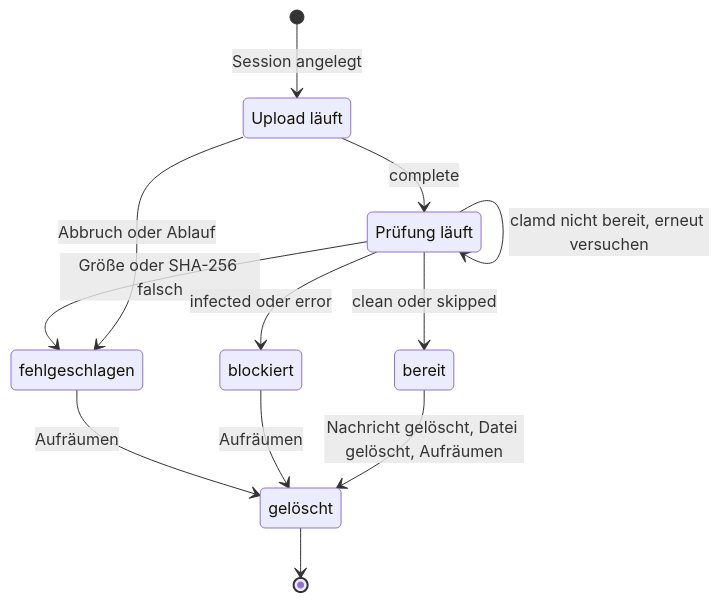
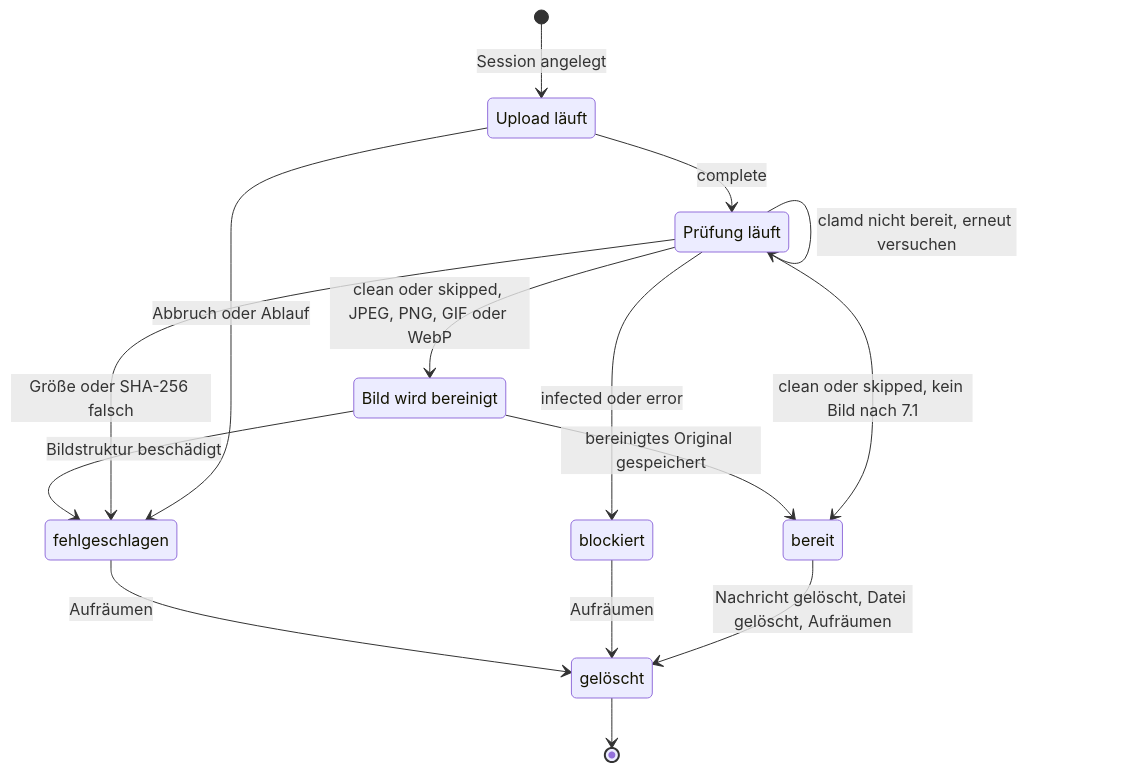
Before and after one commit to mguttmann/bothy: the first of 2 diagrams in docs/spec/12-dateien.md, drawn with Mermaid. The commit also changed other lines of this file and 92 other files, not shown here.

````diff
--- a/docs/spec/12-dateien.md
+++ b/docs/spec/12-dateien.md
@@ -50,20 +52,24 @@
 ```mermaid
 stateDiagram-v2
     state "Upload läuft" as offen
     state "Prüfung läuft" as pruefung
     state "bereit" as bereit
     state "blockiert" as blockiert
     state "fehlgeschlagen" as fehl
     state "gelöscht" as weg
     [*] --> offen: Session angelegt
     offen --> fehl: Abbruch oder Ablauf
     offen --> pruefung: complete
     pruefung --> pruefung: clamd nicht bereit, erneut versuchen
     pruefung --> fehl: Größe oder SHA-256 falsch
-    pruefung --> bereit: clean oder skipped
+    state "Bild wird bereinigt" as bereinigung
+    pruefung --> bereit: clean oder skipped, kein Bild nach 7.1
+    pruefung --> bereinigung: clean oder skipped, JPEG, PNG, GIF oder WebP
+    bereinigung --> bereit: bereinigtes Original gespeichert
+    bereinigung --> fehl: Bildstruktur beschädigt
     pruefung --> blockiert: infected oder error
     bereit --> weg: Nachricht gelöscht, Datei gelöscht, Aufräumen
     blockiert --> weg: Aufräumen
     fehl --> weg: Aufräumen
     weg --> [*]
 ```
````
